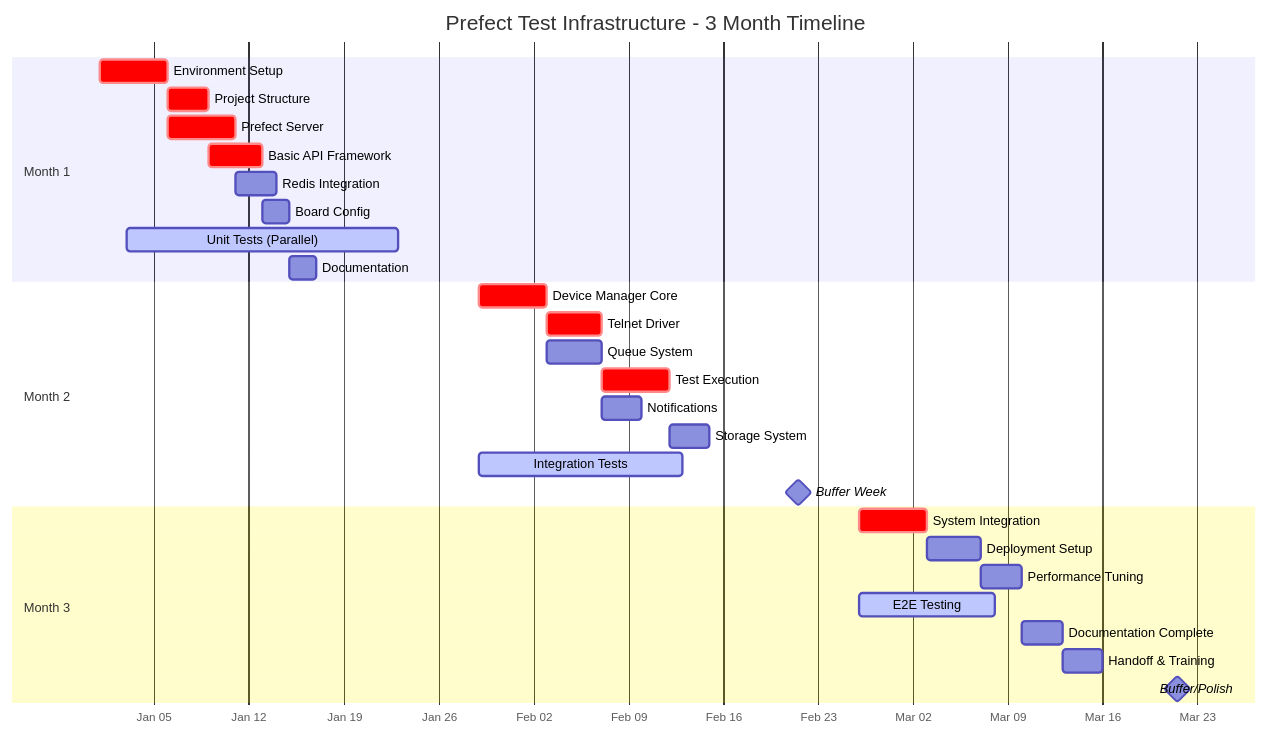
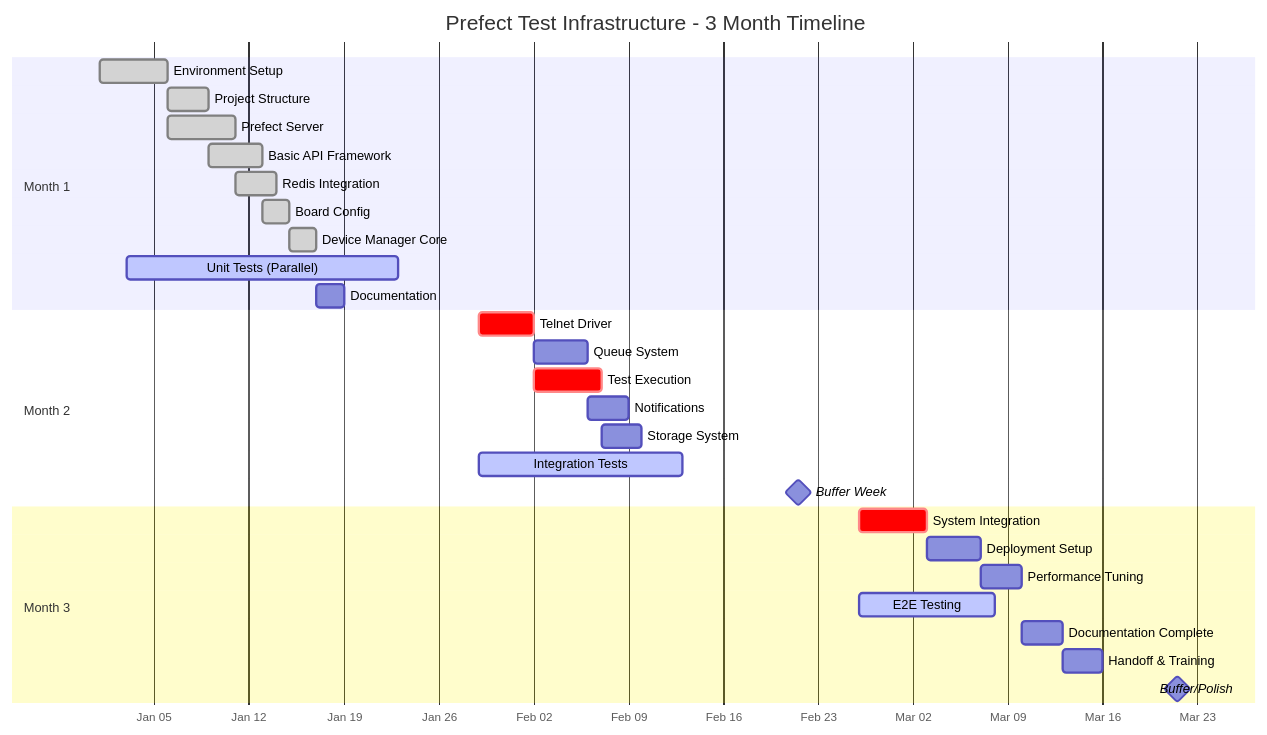
The first of 4 diagrams in .spec-workflow/specs/soc-validation/tasks.md (litanlitudan/soc-validation), drawn with Mermaid before and after one commit. The commit also changed other lines of this file and 13 other files, not shown here.

````diff
--- a/.spec-workflow/specs/soc-validation/tasks.md
+++ b/.spec-workflow/specs/soc-validation/tasks.md
@@ -186,35 +197,35 @@
 ```mermaid
 gantt
     title Prefect Test Infrastructure - 3 Month Timeline
     dateFormat YYYY-MM-DD
     axisFormat %b %d
 
     section Month 1
-    Environment Setup          :crit, a1, 2025-01-01, 5d
-    Project Structure          :crit, a2, after a1, 3d
-    Prefect Server            :crit, a3, after a1, 5d
-    Basic API Framework       :crit, a4, after a2, 4d
-    Redis Integration         :a5, after a3, 3d
-    Board Config             :a6, after a4, 2d
+    Environment Setup          :done, a1, 2025-01-01, 5d
+    Project Structure          :done, a2, after a1, 3d
+    Prefect Server            :done, a3, after a1, 5d
+    Basic API Framework       :done, a4, after a2, 4d
+    Redis Integration         :done, a5, after a3, 3d
+    Board Config             :done, a6, after a4, 2d
+    Device Manager Core      :done, a7, after a6, 2d
     Unit Tests (Parallel)    :active, test1, 2025-01-03, 20d
-    Documentation            :doc1, after a6, 2d
+    Documentation            :doc1, after a7, 2d
 
     section Month 2
-    Device Manager Core      :crit, b1, 2025-01-29, 5d
-    Telnet Driver           :crit, b2, after b1, 4d
-    Queue System            :b3, after b1, 4d
-    Test Execution          :crit, b4, after b2, 5d
-    Notifications           :b5, after b3, 3d
-    Storage System          :b6, after b4, 3d
+    Telnet Driver           :crit, b1, 2025-01-29, 4d
+    Queue System            :b2, after b1, 4d
+    Test Execution          :crit, b3, after b1, 5d
+    Notifications           :b4, after b2, 3d
+    Storage System          :b5, after b3, 3d
     Integration Tests       :active, test2, 2025-01-29, 15d
     Buffer Week            :milestone, buff1, 2025-02-19, 5d
 
     section Month 3
     System Integration      :crit, c1, 2025-02-26, 5d
     Deployment Setup        :c2, after c1, 4d
     Performance Tuning      :c3, after c2, 3d
     E2E Testing            :active, test3, 2025-02-26, 10d
     Documentation Complete  :doc2, after c3, 3d
     Handoff & Training     :c4, after doc2, 3d
     Buffer/Polish          :milestone, buff2, 2025-03-19, 5d
 ```
````
